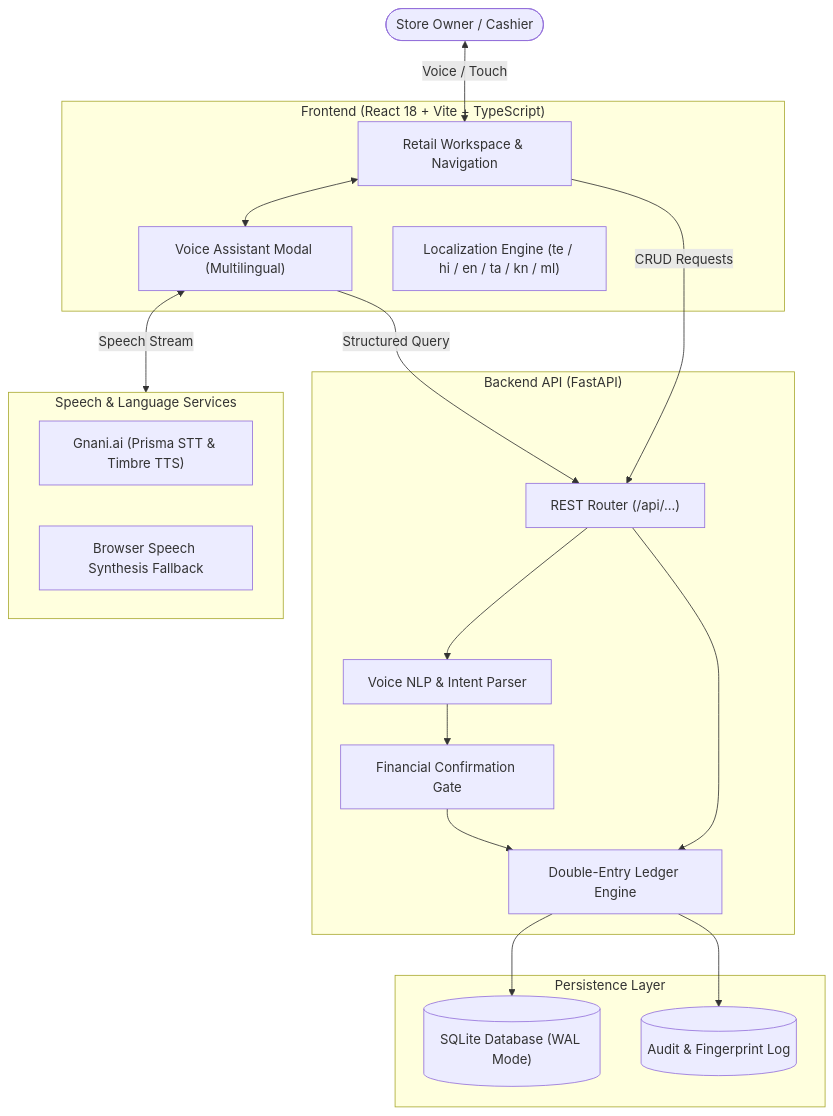
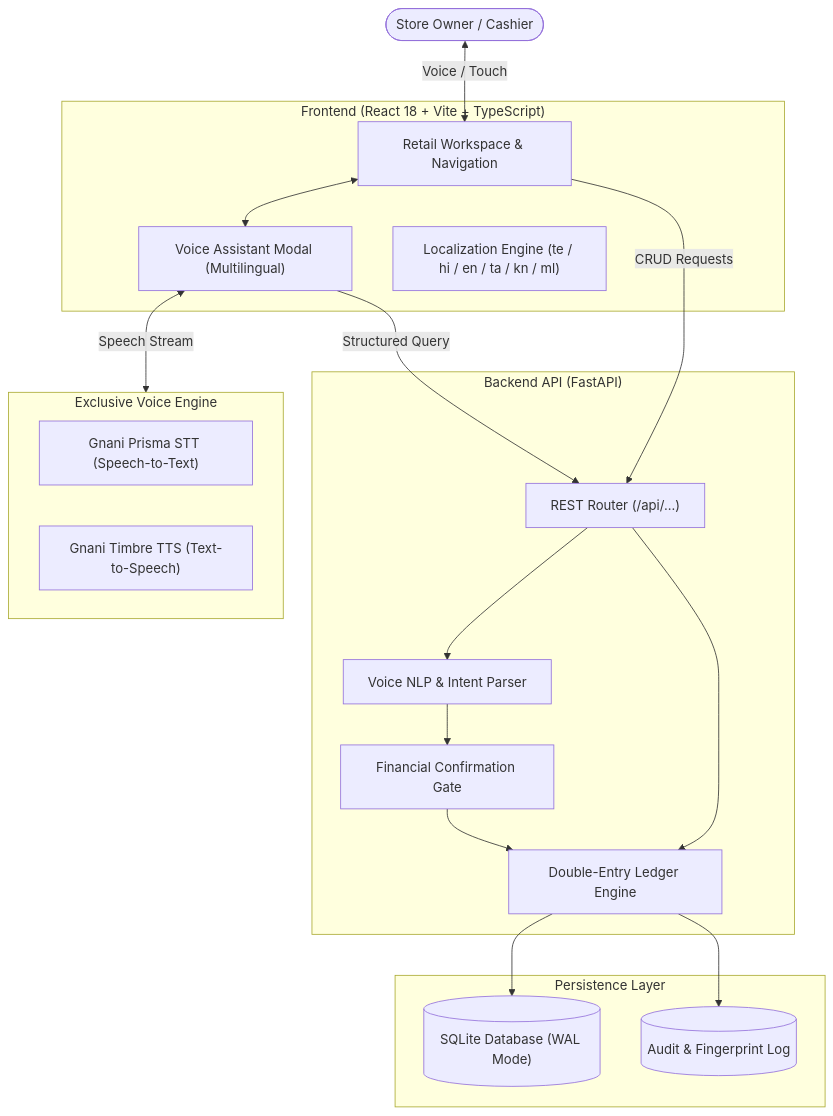
One commit to itzPardhiv/BharatVoiceAI changed the diagram in README.md. Above: the diagram before and after it, drawn with Mermaid. The commit also changed other lines of this file and 7 other files, not shown here.

First line of the commit message:
refactor(voice): enforce exclusive Gnani AI integration for all voice services

````diff
--- a/README.md
+++ b/README.md
@@ -92,39 +92,39 @@
 ```mermaid
 graph TD
     User(["Store Owner / Cashier"])
     
     subgraph Frontend ["Frontend (React 18 + Vite + TypeScript)"]
         UI["Retail Workspace & Navigation"]
         VoiceComp["Voice Assistant Modal (Multilingual)"]
         i18n["Localization Engine (te / hi / en / ta / kn / ml)"]
     end
 
     subgraph Backend ["Backend API (FastAPI)"]
         API["REST Router (/api/...)"]
         NLP["Voice NLP & Intent Parser"]
         SafetyGate["Financial Confirmation Gate"]
         Accounting["Double-Entry Ledger Engine"]
     end
 
-    subgraph SpeechEngines ["Speech & Language Services"]
-        Gnani["Gnani.ai (Prisma STT & Timbre TTS)"]
-        WebSpeech["Browser Speech Synthesis Fallback"]
+    subgraph SpeechEngines ["Exclusive Voice Engine"]
+        GnaniSTT["Gnani Prisma STT (Speech-to-Text)"]
+        GnaniTTS["Gnani Timbre TTS (Text-to-Speech)"]
     end
 
     subgraph Persistence ["Persistence Layer"]
         DB[("SQLite Database (WAL Mode)")]
         Audit[("Audit & Fingerprint Log")]
     end
 
     User <-->|Voice / Touch| UI
     UI <--> VoiceComp
     VoiceComp <-->|Speech Stream| SpeechEngines
     VoiceComp -->|Structured Query| API
     UI -->|CRUD Requests| API
     API --> NLP
     NLP --> SafetyGate
     SafetyGate --> Accounting
     API --> Accounting
     Accounting --> DB
     Accounting --> Audit
 ```
````
